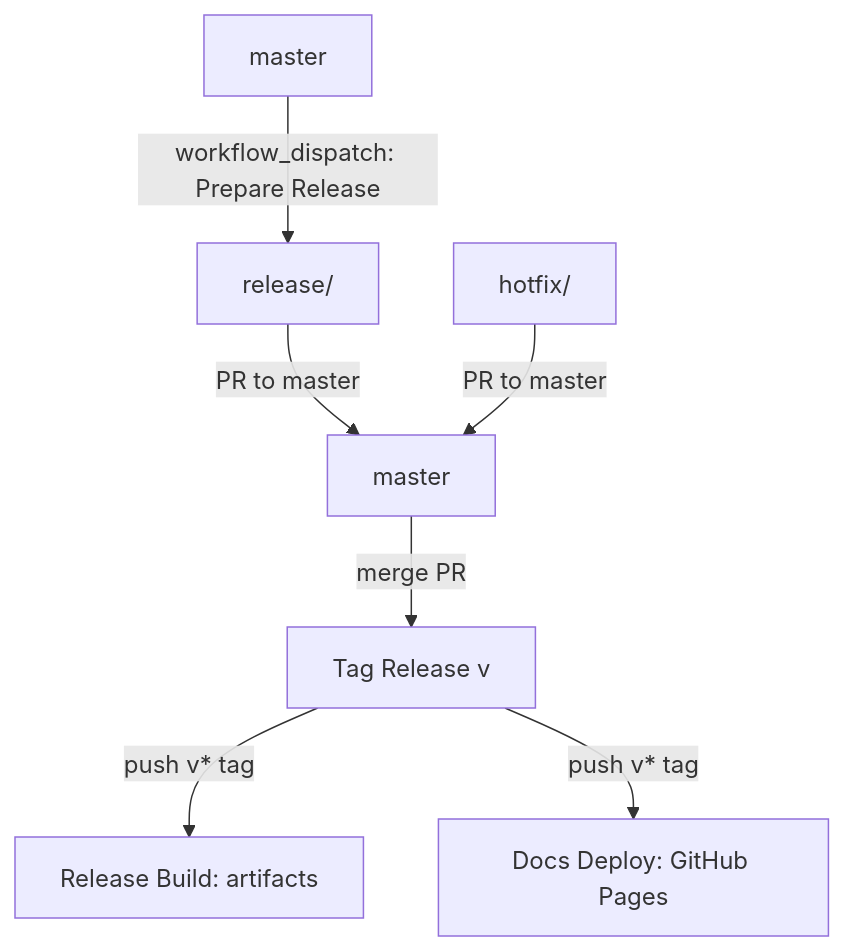
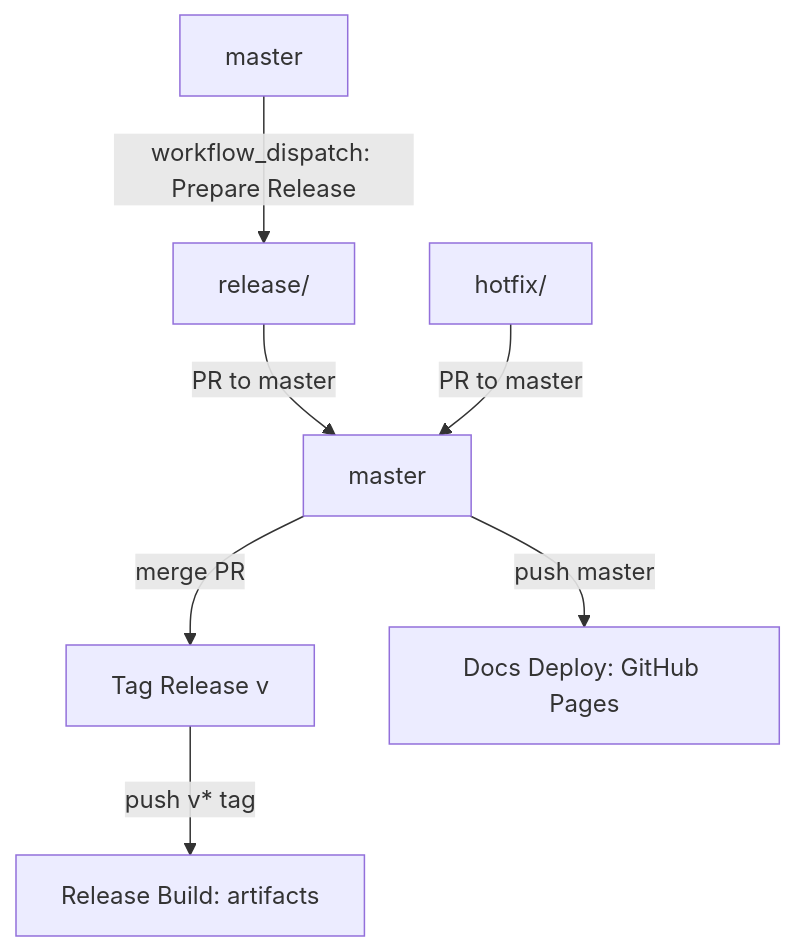
One commit to joe-broadhead/dbt-nova changed the diagram in docs/development/ci.md. Above: the diagram before and after it, drawn with Mermaid. The commit also changed other lines of this file and 40 other files, not shown here.

````diff
--- a/docs/development/ci.md
+++ b/docs/development/ci.md
@@ -199,9 +201,9 @@
 ```mermaid
 flowchart TD
   A[master] -->|workflow_dispatch: Prepare Release| B[release/<version>]
   B -->|PR to master| C[master]
   H[hotfix/<version>] -->|PR to master| C
   C -->|merge PR| D[Tag Release v<version>]
   D -->|push v* tag| E[Release Build: artifacts]
-  D -->|push v* tag| F[Docs Deploy: GitHub Pages]
+  C -->|push master| F[Docs Deploy: GitHub Pages]
 ```
````
